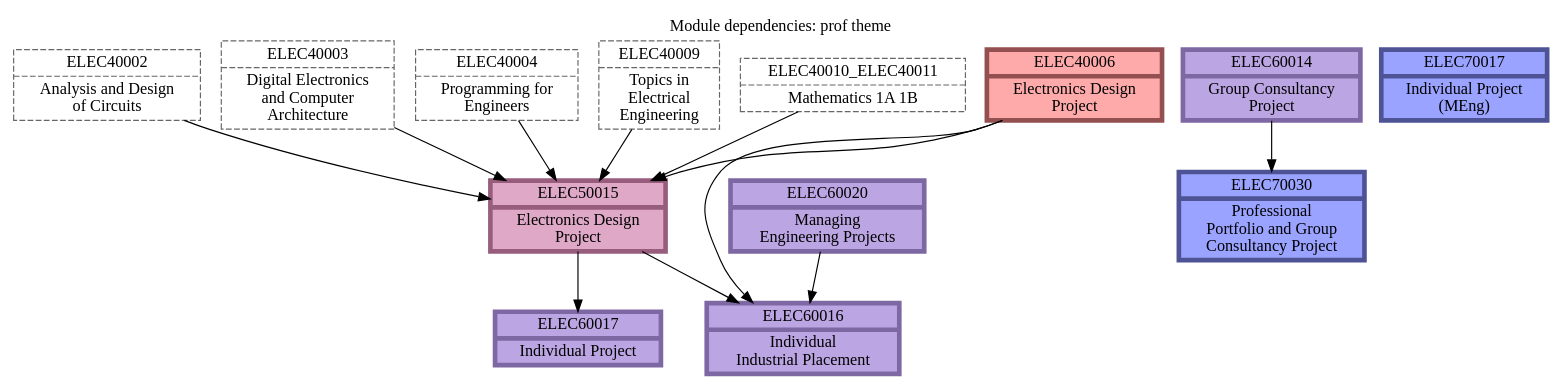
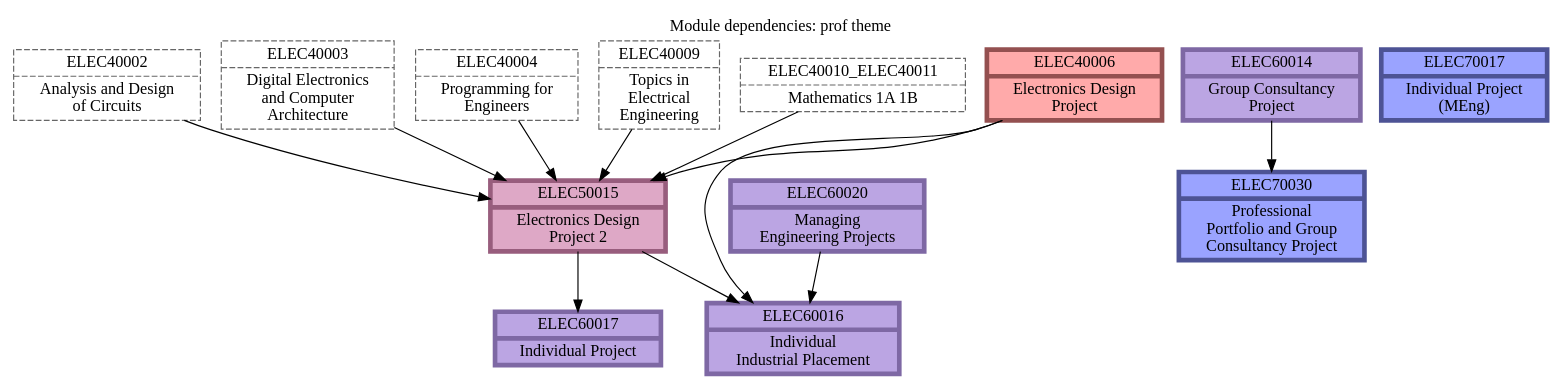
The diagram in modules.dot (johnwickerson/ee_modules), drawn with Graphviz before and after one commit. The commit also changed 14 other files, not shown here.

```diff
--- a/modules.dot
+++ b/modules.dot
@@ -1,79 +1,79 @@
 // This is an auto-generated file. Don't edit this file; edit `modules.yml` instead.
 
 digraph G {
   graph[root="root"];
   node[shape="record", style="filled"];
 
   node[color="#945050", fillcolor="#ffaaaa", penwidth=4, style="filled"];
 
   ELEC40006 [label="{ELEC40006 | Electronics Design\nProject}"];
 
 
   node[penwidth=1];
 
 
   node[color="#666666", fillcolor="#dddddd", style="dashed"];
 
   ELEC40002 [label="{ELEC40002 | Analysis and Design\nof Circuits}"];
 
   ELEC40003 [label="{ELEC40003 | Digital Electronics\nand Computer\nArchitecture}"];
 
   ELEC40004 [label="{ELEC40004 | Programming for\nEngineers}"];
 
   ELEC40009 [label="{ELEC40009 | Topics in\nElectrical\nEngineering}"];
 
   ELEC40010_ELEC40011 [label="{ELEC40010_ELEC40011 | Mathematics 1A 1B}"];
 
   node[color="#985d7d", fillcolor="#dea8c6", penwidth=4, style="filled"];
 
-  ELEC50015 [label="{ELEC50015 | Electronics Design\nProject}"];
+  ELEC50015 [label="{ELEC50015 | Electronics Design\nProject 2}"];
   ELEC40002 -> ELEC50015;
   ELEC40003 -> ELEC50015;
   ELEC40004 -> ELEC50015;
   ELEC40006 -> ELEC50015;
   ELEC40009 -> ELEC50015;
   ELEC40010_ELEC40011 -> ELEC50015;
 
 
   node[penwidth=1];
 
 
   node[color="#666666", fillcolor="#dddddd", style="dashed"];
 
   node[color="#7e68a4", fillcolor="#bba5e3", penwidth=4, style="filled"];
 
   ELEC60016 [label="{ELEC60016 | Individual\nIndustrial Placement}"];
   ELEC40006 -> ELEC60016 [weight=0];
   ELEC50015 -> ELEC60016;
   ELEC60020 -> ELEC60016;
 
   ELEC60017 [label="{ELEC60017 | Individual Project}"];
   ELEC50015 -> ELEC60017;
 
   ELEC60014 [label="{ELEC60014 | Group Consultancy\nProject}"];
 
 
   node[penwidth=1];
 
 
   node[color="#666666", fillcolor="#dddddd", style="dashed"];
 
   ELEC60020 [label="{ELEC60020 | Managing\nEngineering Projects}"];
 
   node[color="#4d5395", fillcolor="#9aa3ff", penwidth=4, style="filled"];
 
   ELEC70017 [label="{ELEC70017 | Individual Project\n(MEng)}"];
 
   ELEC70030 [label="{ELEC70030 | Professional\nPortfolio and Group\nConsultancy Project}"];
   ELEC60014 -> ELEC70030;
 
 
   node[penwidth=1];
 
 
   node[color="#666666", fillcolor="#dddddd", style="dashed"];
 
   // title
   labelloc="t";
   label="Module dependencies: prof theme";
 }
```
